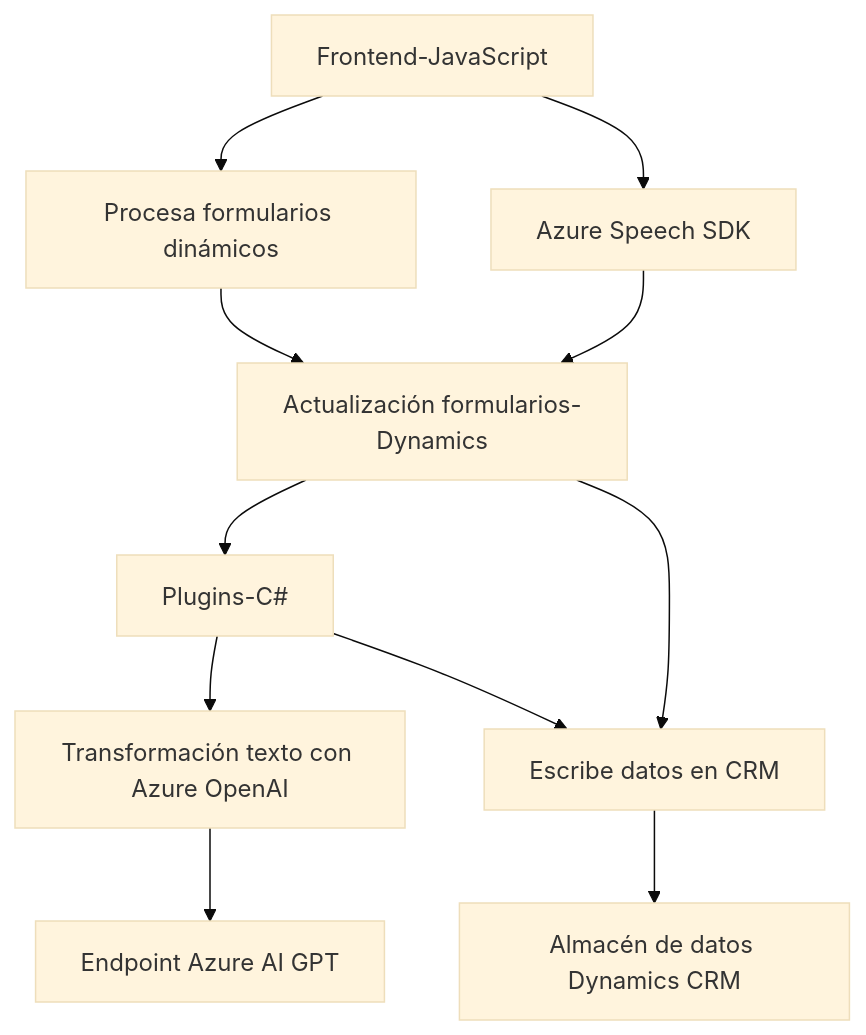
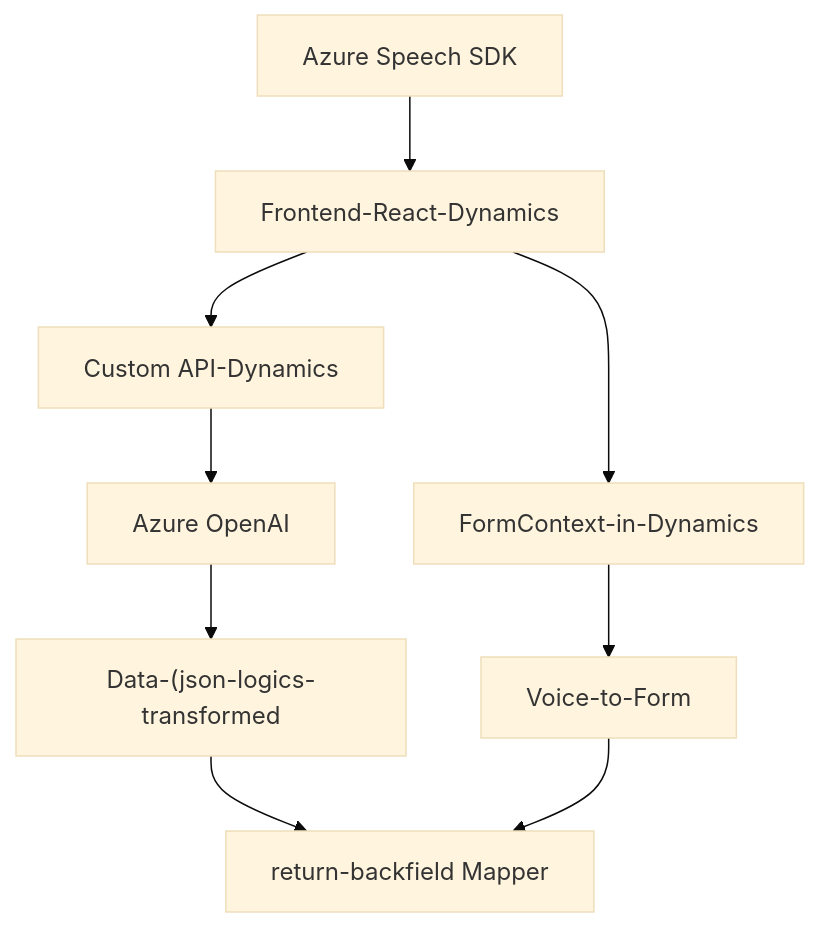
Before and after one commit to blopezdm/NETCORE_BILBAO2025: the diagram in README.md, drawn with Mermaid (base theme). The commit also changed other lines of this file, not shown here.

Commit message:
Actualizar análisis global de la solución con IA

````diff
--- a/README.md
+++ b/README.md
@@ -39,15 +40,11 @@
 ```mermaid
 graph TD
-  A1[Frontend-JavaScript] --> A2["Procesa formularios dinámicos"]
-  A1 --> B1["Azure Speech SDK"]
-  A2 --> C1["Actualización formularios-Dynamics"]
-  B1 --> C1
-
-  C1 --> D1["Plugins-C#"]
-  D1 --> E1["Transformación texto con Azure OpenAI"]
-  D1 --> F1["Actualización entidades-Dynamics"]
-  E1 --> G1["Endpoint Azure AI GPT"]
-  
-  C1 --> F1["Escribe datos en CRM"]
-  F1 --> H1["Almacén de datos Dynamics CRM"]
+    A["Azure Speech SDK"] --> B["Frontend-React-Dynamics"]
+    B --> C["FormContext-in-Dynamics"]
+    B --> D["Custom API-Dynamics"]
+    C --> E["Voice-to-Form"]
+    D --> F["Azure OpenAI"]
+    F --> G["Data-(json-logics-transformed"]
+    G --> H["return-backfield Mapper"]
+    E --> H
 ```
````
